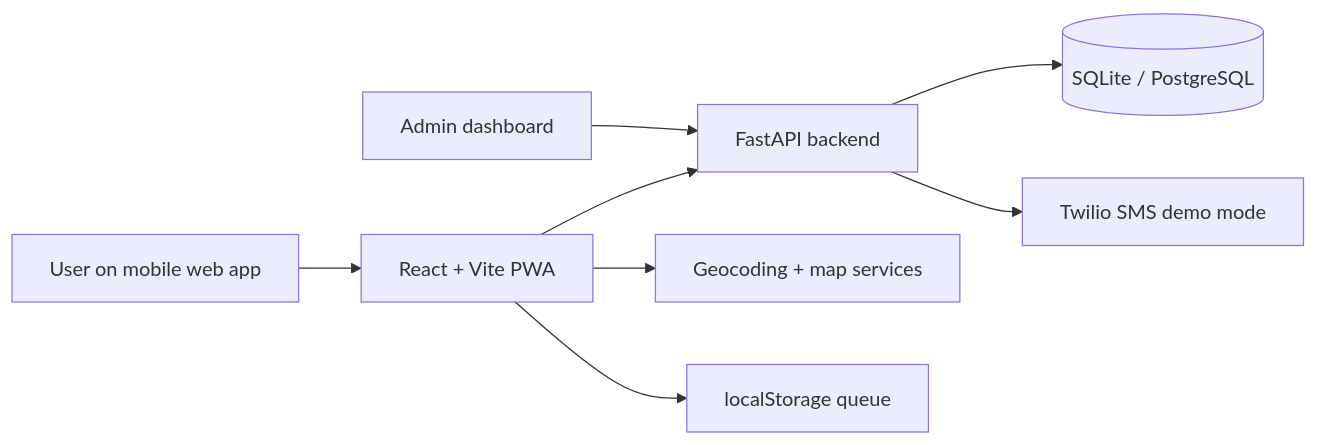
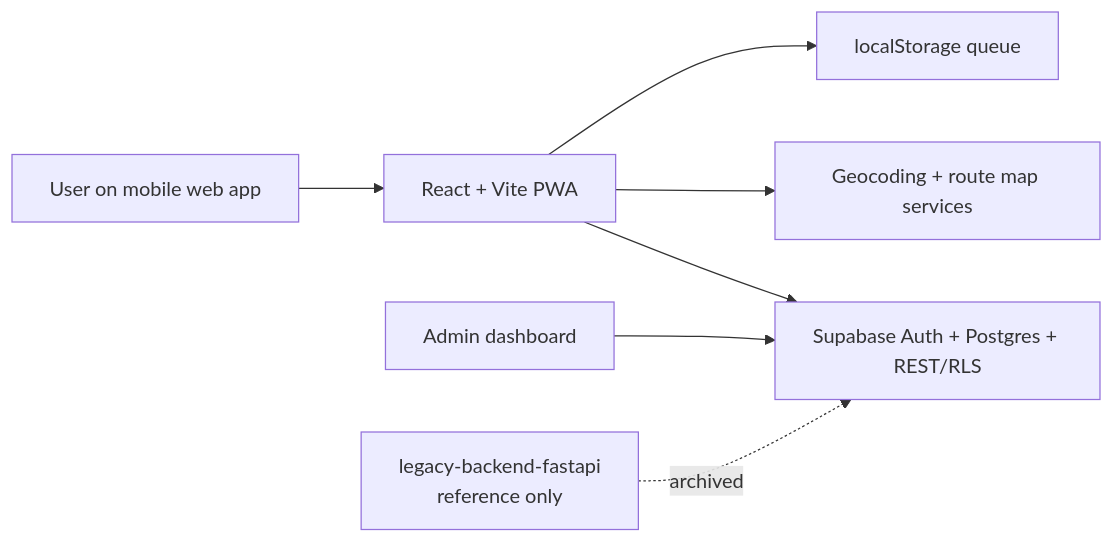
Before and after one commit to Tiwari-kishan02/aegis-her: the diagram in README.md, drawn with Mermaid. The commit also changed other lines of this file and 13 other files, not shown here.

Commit message:
phase 9: migrate backend to supabase

````diff
--- a/README.md
+++ b/README.md
@@ -24,10 +24,9 @@
 ```mermaid
 flowchart LR
   User[User on mobile web app] --> Frontend[React + Vite PWA]
-  Frontend --> API[FastAPI backend]
-  API --> DB[(SQLite / PostgreSQL)]
-  API --> SMS[Twilio SMS demo mode]
-  Frontend --> Geo[Geocoding + map services]
+  Frontend --> Supabase[Supabase Auth + Postgres + REST/RLS]
+  Frontend --> Geo[Geocoding + route map services]
   Frontend --> Storage[localStorage queue]
-  Admin[Admin dashboard] --> API
+  Admin[Admin dashboard] --> Supabase
+  Legacy[legacy-backend-fastapi\nreference only] -. archived .-> Supabase
 ```
````
